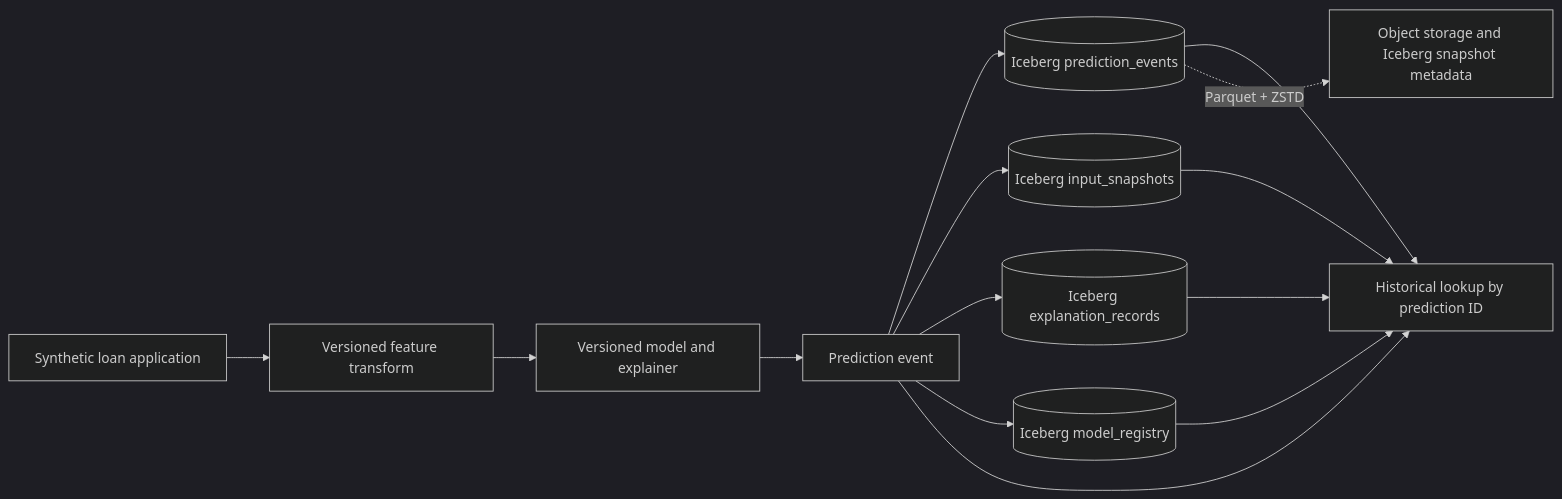
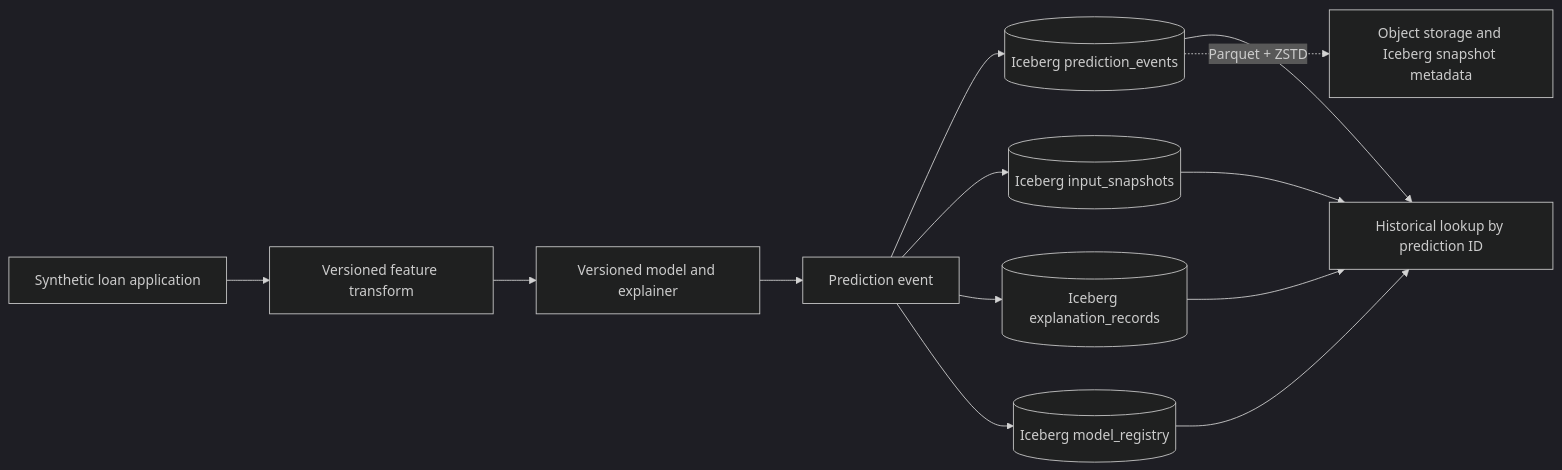
The diagram in README.md (msaanvi4/Big-Data-Explanation-Service-with-an-Audit-Trail), drawn with Mermaid (dark theme) before and after one commit. The commit also changed other lines of this file, not shown here.

````diff
--- a/README.md
+++ b/README.md
@@ -7,16 +7,15 @@
 ```mermaid
 flowchart LR
     A[Synthetic loan application] --> B[Versioned feature transform]
     B --> C[Versioned model and explainer]
     C --> D[Prediction event]
     D --> E[(Iceberg prediction_events)]
     D --> F[(Iceberg input_snapshots)]
     D --> G[(Iceberg explanation_records)]
     D --> H[(Iceberg model_registry)]
-    D --> I[Historical lookup by prediction ID]
-    E --> I
+    E --> I[Historical lookup by prediction ID]
     F --> I
     G --> I
     H --> I
     E -. Parquet + ZSTD .-> J[Object storage and Iceberg snapshot metadata]
 ```
````
